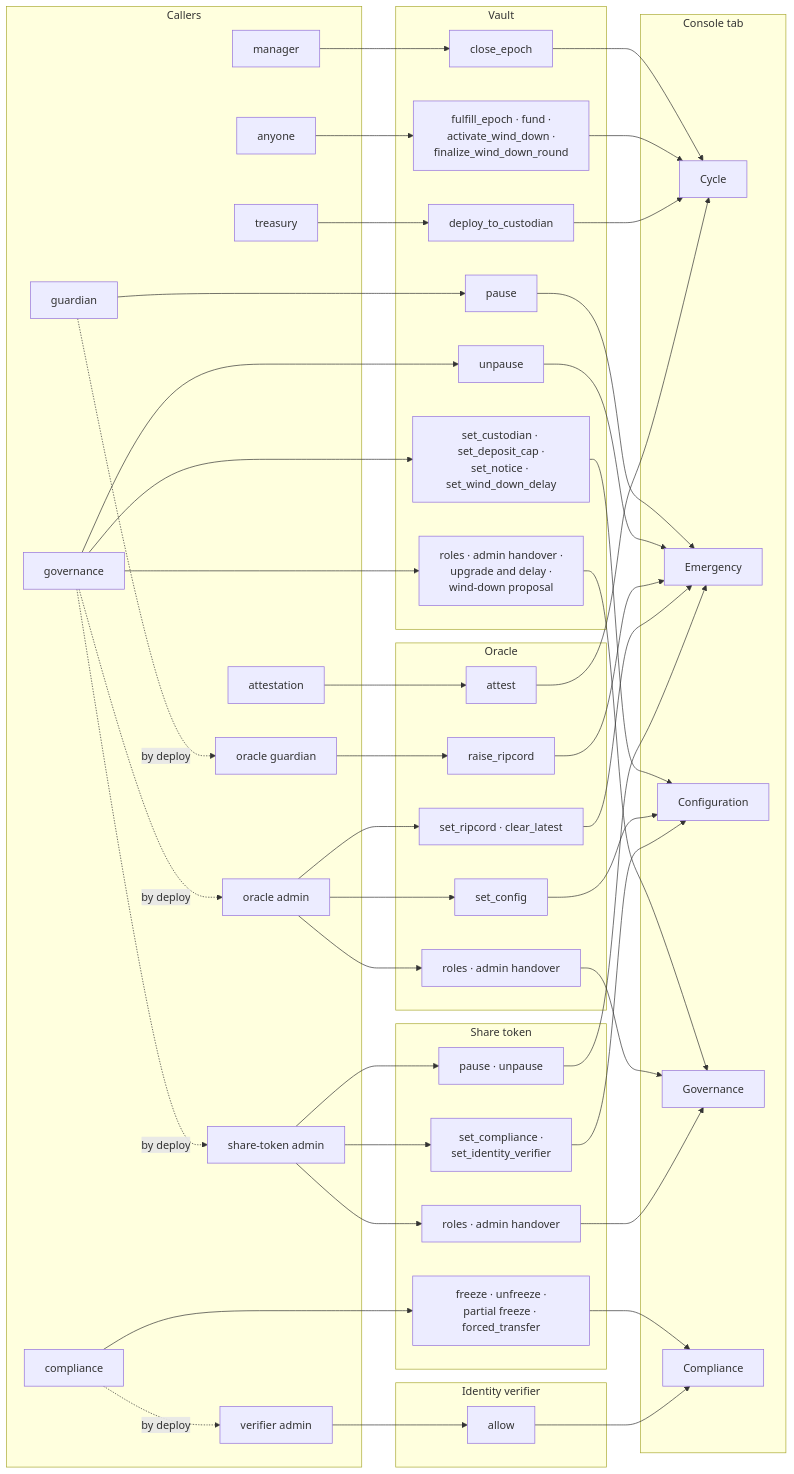
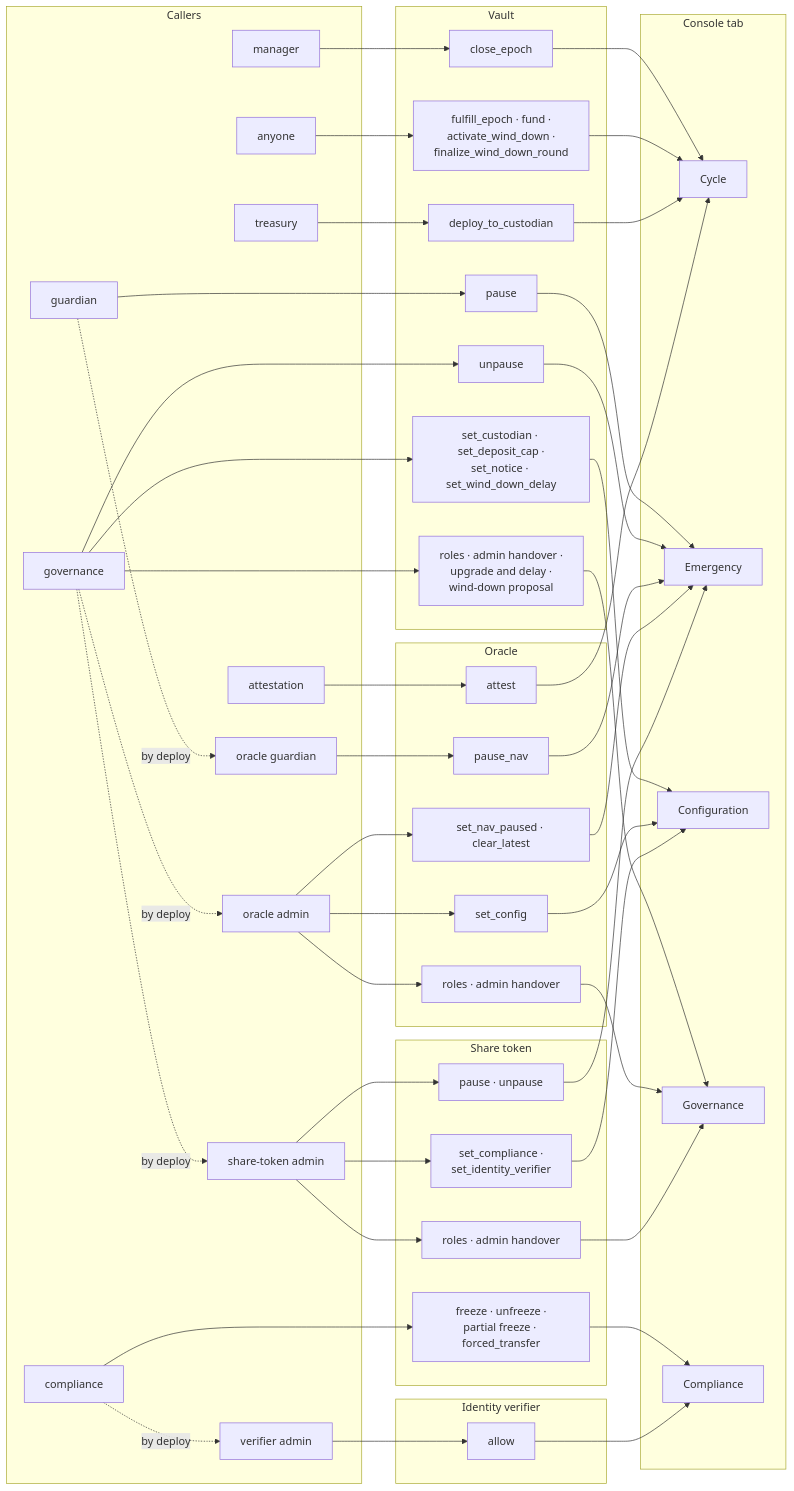
One commit to BootNodeDev/strata-vault-kit changed the fifth of 5 diagrams in docs/strata-product-and-architecture.md. Above: the diagram before and after it, drawn with Mermaid. The commit also changed other lines of this file and 9 other files, not shown here.

Commit message:
refactor(oracle): rename ripcord to nav pause

````diff
--- a/docs/strata-product-and-architecture.md
+++ b/docs/strata-product-and-architecture.md
@@ -495,75 +495,75 @@
 ```mermaid
 flowchart LR
     subgraph AUTH["Callers"]
         GOV[governance]
         MAN[manager]
         TRE[treasury]
         ATT[attestation]
         GRD[guardian]
         CMP[compliance]
         ANY[anyone]
         OADM[oracle admin]
         OGRD[oracle guardian]
         TADM[share-token admin]
         VADM[verifier admin]
     end
 
     subgraph VAULT["Vault"]
         VSEAL[close_epoch]
         VOPEN[fulfill_epoch · fund ·<br/>activate_wind_down ·<br/>finalize_wind_down_round]
         VDEP[deploy_to_custodian]
         VPAUSE[pause]
         VUNP[unpause]
         VSET[set_custodian · set_deposit_cap ·<br/>set_notice · set_wind_down_delay]
         VGOV[roles · admin handover ·<br/>upgrade and delay ·<br/>wind-down proposal]
     end
 
     subgraph ORACLE["Oracle"]
         OATT[attest]
-        ORAISE[raise_ripcord]
-        OSET[set_ripcord · clear_latest]
+        ORAISE[pause_nav]
+        OSET[set_nav_paused · clear_latest]
         OCFG[set_config]
         OGOV[roles · admin handover]
     end
 
     subgraph TOKEN["Share token"]
         TPAUSE[pause · unpause]
         TCFG[set_compliance ·<br/>set_identity_verifier]
         TGOV[roles · admin handover]
         TCMP[freeze · unfreeze ·<br/>partial freeze · forced_transfer]
     end
 
     subgraph VERIFIER["Identity verifier"]
         VALLOW[allow]
     end
 
     subgraph TABS["Console tab"]
         CYC[Cycle]
         EMG[Emergency]
         CFG[Configuration]
         GVN[Governance]
         CPL[Compliance]
     end
 
     MAN --> VSEAL --> CYC
     ANY --> VOPEN --> CYC
     TRE --> VDEP --> CYC
     ATT --> OATT --> CYC
     GRD --> VPAUSE --> EMG
     GOV --> VUNP --> EMG
     OGRD --> ORAISE --> EMG
     OADM --> OSET --> EMG
     TADM --> TPAUSE --> EMG
     GOV --> VSET --> CFG
     OADM --> OCFG --> CFG
     TADM --> TCFG --> CFG
     GOV --> VGOV --> GVN
     OADM --> OGOV --> GVN
     TADM --> TGOV --> GVN
     CMP --> TCMP --> CPL
     VADM --> VALLOW --> CPL
     GOV -.->|by deploy| OADM
     GOV -.->|by deploy| TADM
     GRD -.->|by deploy| OGRD
     CMP -.->|by deploy| VADM
 ```
````
